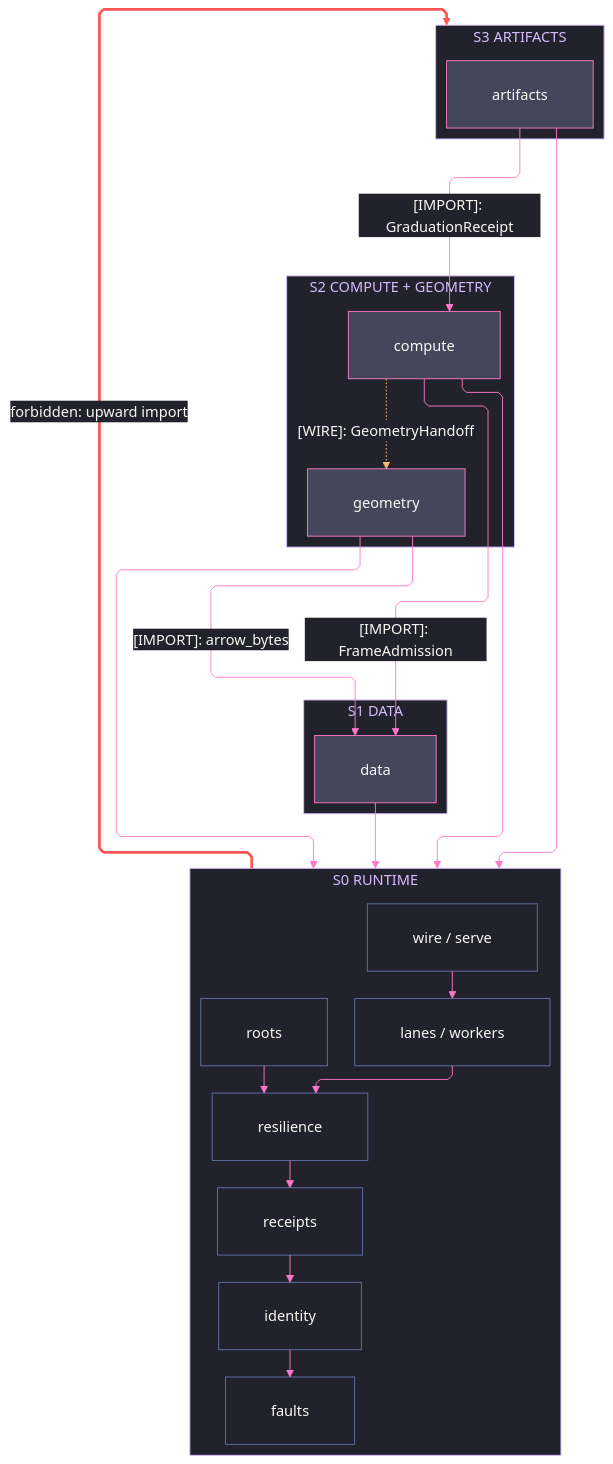
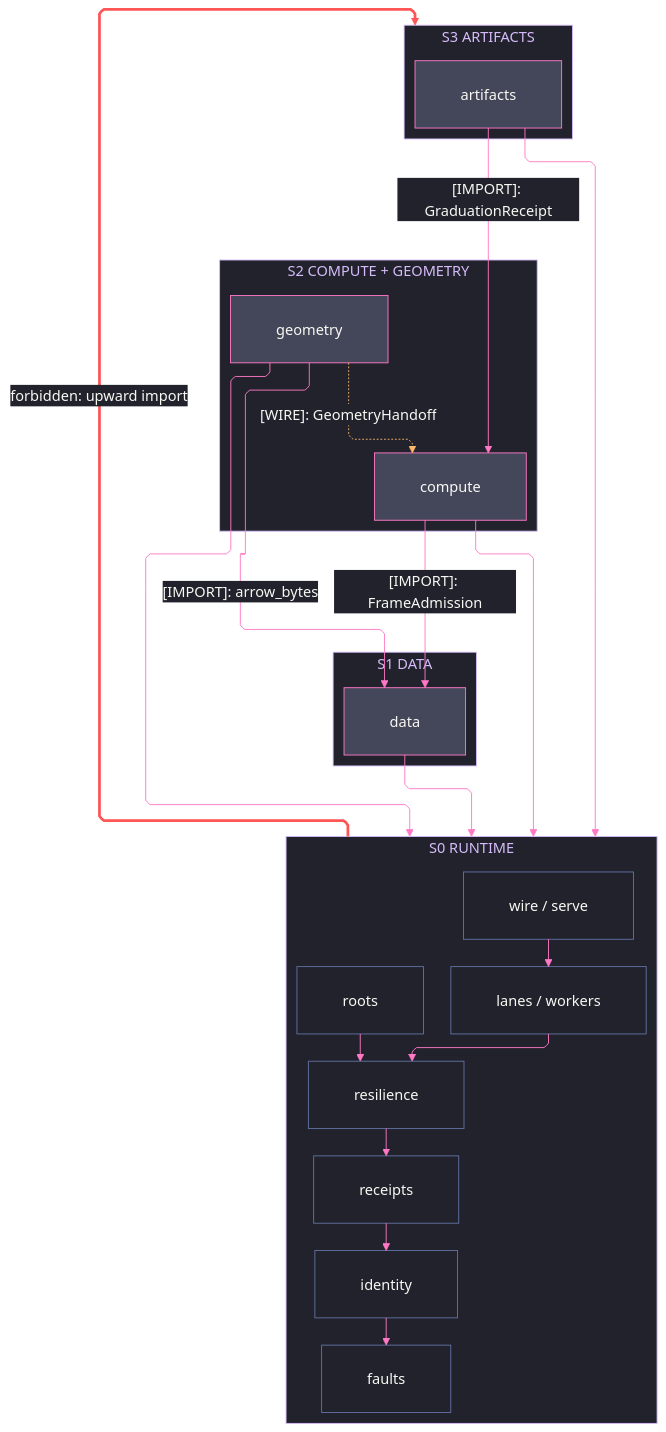
Before and after one commit to bsamiee/Rasm: the first of 2 diagrams in libs/python/.planning/ARCHITECTURE.md, drawn with Mermaid. The commit also changed 9 other files, not shown here.

Commit message:
architecture: CR finding fixes

````diff
--- a/libs/python/.planning/ARCHITECTURE.md
+++ b/libs/python/.planning/ARCHITECTURE.md
@@ -23,76 +23,76 @@
 ```mermaid
 ---
 config:
   theme: base
   look: classic
   layout: elk
   flowchart:
     curve: linear
     padding: 25
   themeVariables:
     darkMode: true
     fontFamily: "SF Mono, Menlo, Cascadia Mono, Segoe UI Mono, Consolas, monospace"
     useGradient: false
     dropShadow: "none"
     background: "#282A36"
     primaryColor: "#44475A"
     primaryTextColor: "#F8F8F2"
     primaryBorderColor: "#BD93F9"
     lineColor: "#FF79C6"
     textColor: "#F8F8F2"
     clusterBkg: "#21222C"
     clusterBorder: "#D6BCFA"
     edgeLabelBackground: "#21222C"
     labelBackgroundColor: "#21222C"
     titleColor: "#D6BCFA"
   themeCSS: ".nodeLabel{font-size:13px;font-weight:500}.edgeLabel{font-size:12px;font-weight:500}.cluster-label .nodeLabel{font-size:13.5px;font-weight:700;letter-spacing:.08em}.edge-thickness-normal{stroke-width:2px}.edge-thickness-thick{stroke-width:3px}.edge-pattern-dashed,.edge-pattern-dotted{stroke-width:1.5px;stroke-dasharray:4 6}.node rect,.node circle,.node polygon,.node path,.node .outer-path{stroke-width:1.5px;filter:none!important}.cluster rect{stroke-width:1px!important;stroke-dasharray:5 4!important;filter:none!important}.marker path{transform:scale(.8);transform-origin:5px 5px}.marker circle{transform:scale(.48);transform-origin:5px 5px}.edgeLabel rect{transform-box:fill-box;transform-origin:center;transform:scale(1.1,1.2)}"
 ---
 flowchart TB
     accTitle: Python branch import strata
     accDescr: Four import strata — artifacts over the compute-geometry peer pair over data over the runtime foundation — every package importing runtime directly, each labeled import naming its one sourced surface, geometry evidence crossing into compute as dashed wire data rather than import, one forbidden upward edge styled red, and runtime's interior rails descending from wire/serve through lanes/workers, joined by roots, onto resilience, receipts, identity, and faults.
     subgraph S3["S3 ARTIFACTS"]
         Artifacts[artifacts]
     end
     subgraph S2["S2 COMPUTE + GEOMETRY"]
         Compute[compute]
         Geometry[geometry]
     end
     subgraph S1["S1 DATA"]
         Data[data]
     end
     subgraph S0["S0 RUNTIME"]
         Wire["wire / serve"]
         Lanes["lanes / workers"]
         Roots[roots]
         Resilience[resilience]
         Receipts[receipts]
         Identity[identity]
         Faults[faults]
     end
     Artifacts e1@-->|"[IMPORT]: GraduationReceipt"| Compute
     Compute e2@-->|"[IMPORT]: FrameAdmission"| Data
     Geometry e3@-->|"[IMPORT]: arrow_bytes"| Data
-    Compute e4@-.->|"[WIRE]: GeometryHandoff"| Geometry
+    Geometry e4@-.->|"[WIRE]: GeometryHandoff"| Compute
     Data e5@--> S0
     Geometry e6@--> S0
     Compute e7@--> S0
     Artifacts e8@--> S0
     Artifacts ~~~ Compute
     S0 e9@-->|"forbidden: upward import"| S3
     Wire r1@--> Lanes
     Lanes r2@--> Resilience
     Roots r3@--> Resilience
     Resilience r4@--> Receipts
     Receipts r5@--> Identity
     Identity r6@--> Faults
     classDef primary fill:#44475A,stroke:#FF79C6,color:#F8F8F2
     classDef recessed fill:#21222C,stroke:#6272A4,color:#F8F8F2
     classDef edgeControl stroke:#FF79C6,color:#F8F8F2
     classDef edgeData stroke:#FFB86C,color:#F8F8F2
     classDef edgeError stroke:#FF5555,stroke-width:3px,color:#F8F8F2
     class Artifacts,Compute,Geometry,Data primary
     class Wire,Lanes,Roots,Resilience,Receipts,Identity,Faults recessed
     class e1,e2,e3,e5,e6,e7,e8,r1,r2,r3,r4,r5,r6 edgeControl
     class e4 edgeData
     class e9 edgeError
 ```
````
